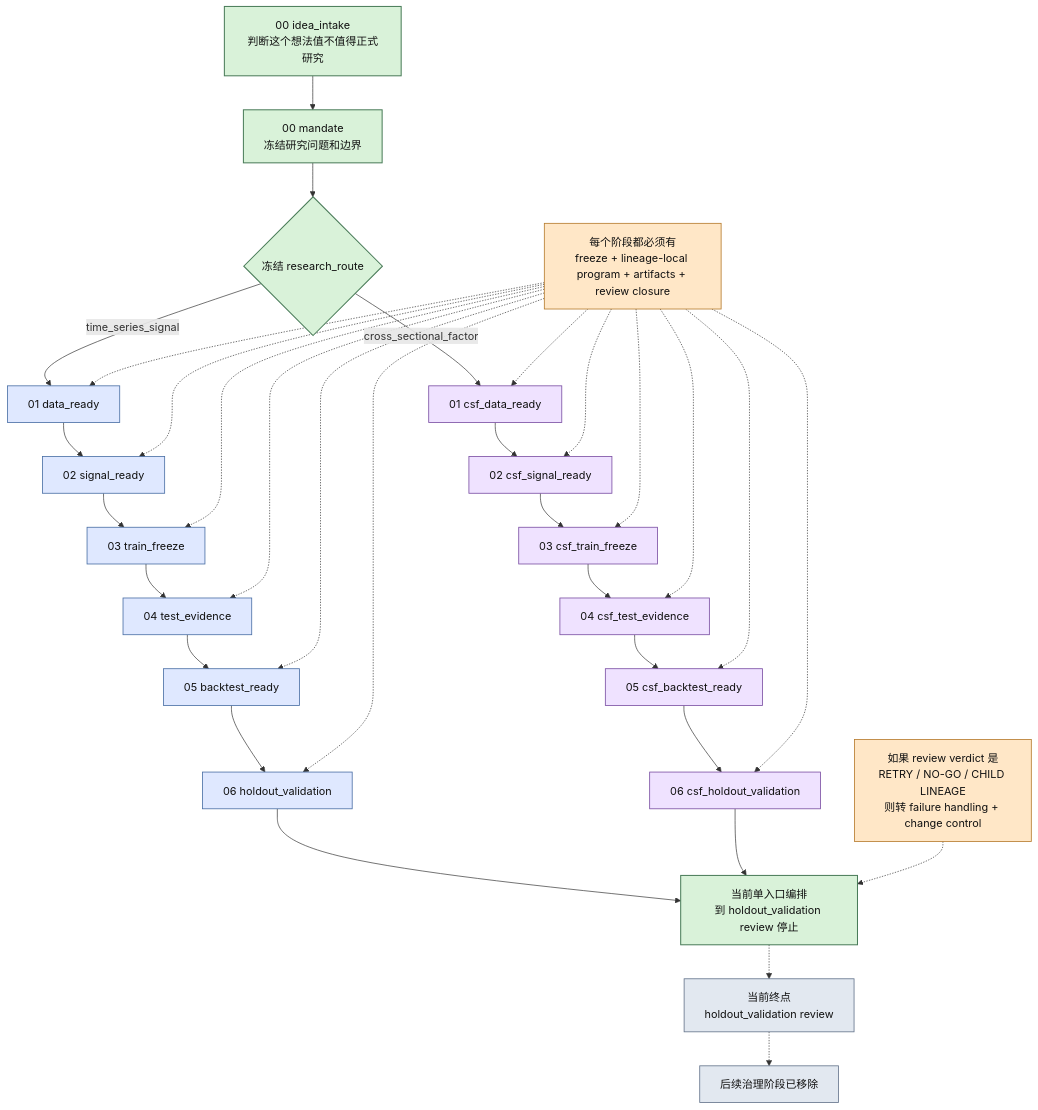
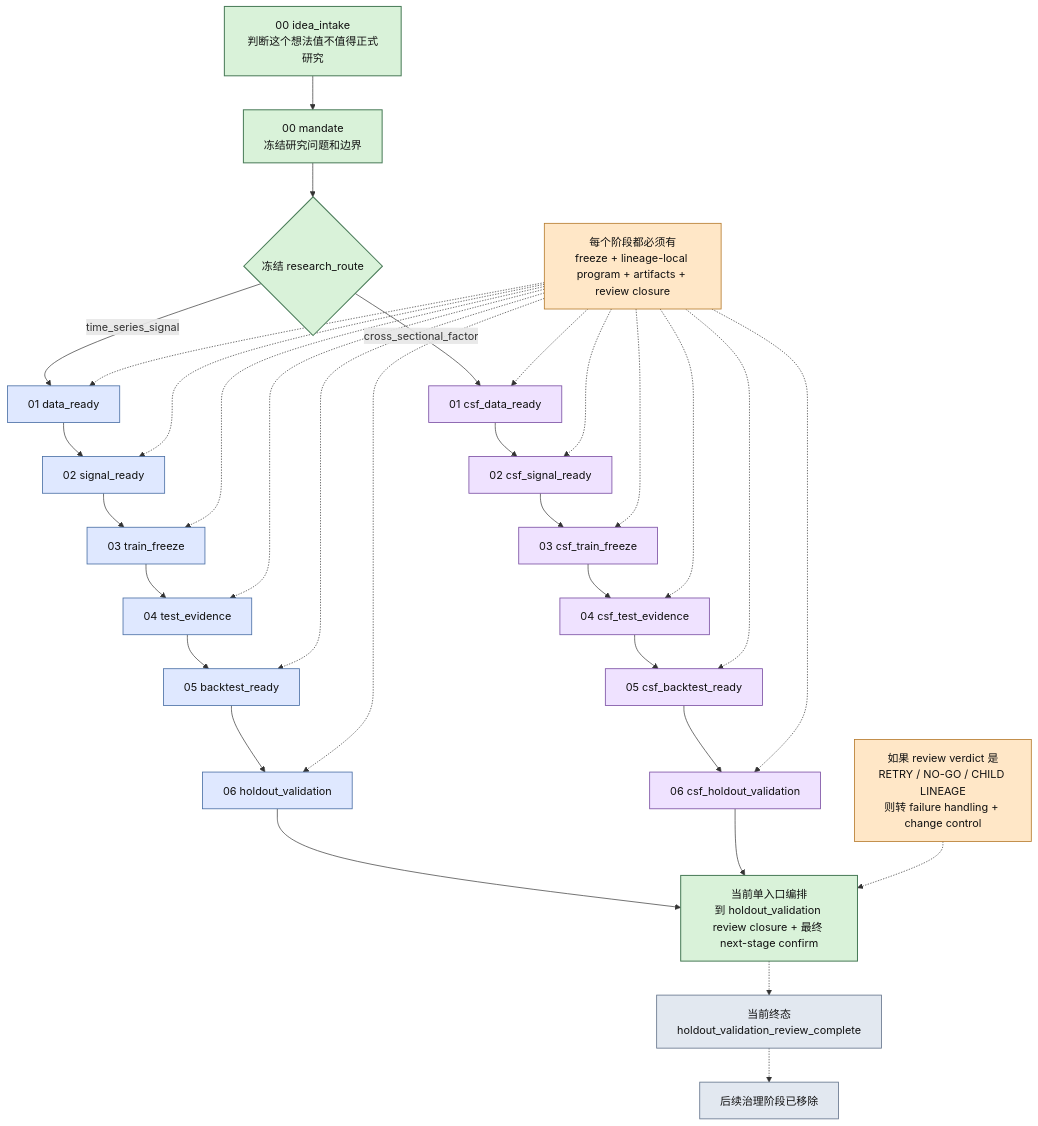
The second of 2 diagrams in docs/visuals/README.md (web3qt/quant-research-os), drawn with Mermaid before and after one commit. The commit also changed other lines of this file and 9 other files, not shown here.

````diff
--- a/docs/visuals/README.md
+++ b/docs/visuals/README.md
@@ -78,51 +78,51 @@
 ```mermaid
 flowchart TB
     A["00 idea_intake<br/>判断这个想法值不值得正式研究"] --> B["00 mandate<br/>冻结研究问题和边界"]
     B --> C{"冻结 research_route"}
 
     C -->|time_series_signal| D["01 data_ready"]
     D --> E["02 signal_ready"]
     E --> F["03 train_freeze"]
     F --> G["04 test_evidence"]
     G --> H["05 backtest_ready"]
     H --> I["06 holdout_validation"]
 
     C -->|cross_sectional_factor| J["01 csf_data_ready"]
     J --> K["02 csf_signal_ready"]
     K --> L["03 csf_train_freeze"]
     L --> M["04 csf_test_evidence"]
     M --> N["05 csf_backtest_ready"]
     N --> O["06 csf_holdout_validation"]
 
-    I --> P["当前单入口编排<br/>到 holdout_validation review 停止"]
+    I --> P["当前单入口编排<br/>到 holdout_validation review closure + 最终 next-stage confirm"]
     O --> P
-    P -.-> Q["当前终点<br/>holdout_validation review"]
+    P -.-> Q["当前终态<br/>holdout_validation_review_complete"]
     Q -.-> R["后续治理阶段已移除"]
 
     S["每个阶段都必须有<br/>freeze + lineage-local program + artifacts + review closure"] -.-> D
     S -.-> E
     S -.-> F
     S -.-> G
     S -.-> H
     S -.-> I
     S -.-> J
     S -.-> K
     S -.-> L
     S -.-> M
     S -.-> N
     S -.-> O
 
     T["如果 review verdict 是<br/>RETRY / NO-GO / CHILD LINEAGE<br/>则转 failure handling + change control"] -.-> P
 
     classDef main fill:#d9f2d9,stroke:#4a7c59,stroke-width:1.5px,color:#111;
     classDef ts fill:#dfe8ff,stroke:#4a6fa5,stroke-width:1.2px,color:#111;
     classDef csf fill:#efe2ff,stroke:#7a4fa3,stroke-width:1.2px,color:#111;
     classDef gov fill:#ffe7c7,stroke:#b67b2d,stroke-width:1.2px,color:#111;
     classDef future fill:#e2e8f0,stroke:#64748b,stroke-width:1.2px,color:#111;
 
     class A,B,C,P main;
     class D,E,F,G,H,I ts;
     class J,K,L,M,N,O csf;
     class S,T gov;
     class Q,R future;
 ```
````
